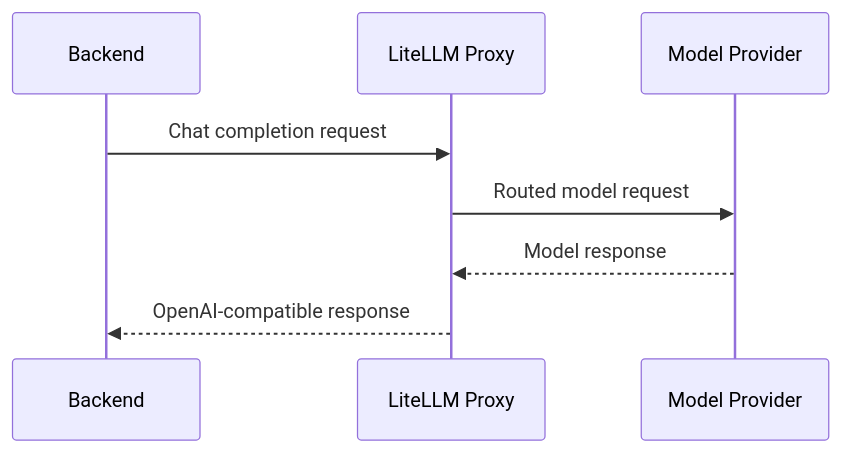
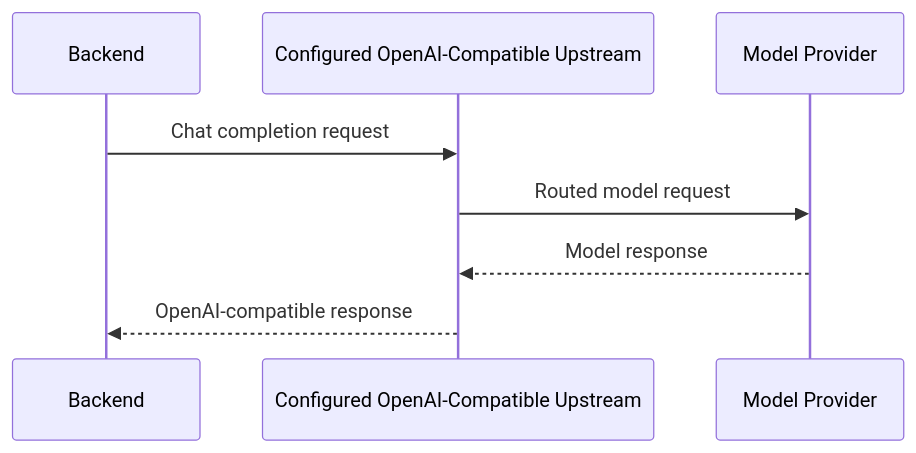
One commit to JaideepCherukuri/ekachi changed the fifth of 5 diagrams in production-system-architecture.md. Above: the diagram before and after it, drawn with Mermaid. The commit also changed other lines of this file and 3 other files, not shown here.

````diff
--- a/production-system-architecture.md
+++ b/production-system-architecture.md
@@ -156,11 +156,11 @@
 ```mermaid
 sequenceDiagram
     participant B as Backend
-    participant G as LiteLLM Proxy
+    participant G as Configured OpenAI-Compatible Upstream
     participant P as Model Provider
 
     B->>G: Chat completion request
     G->>P: Routed model request
     P-->>G: Model response
     G-->>B: OpenAI-compatible response
 ```
````
